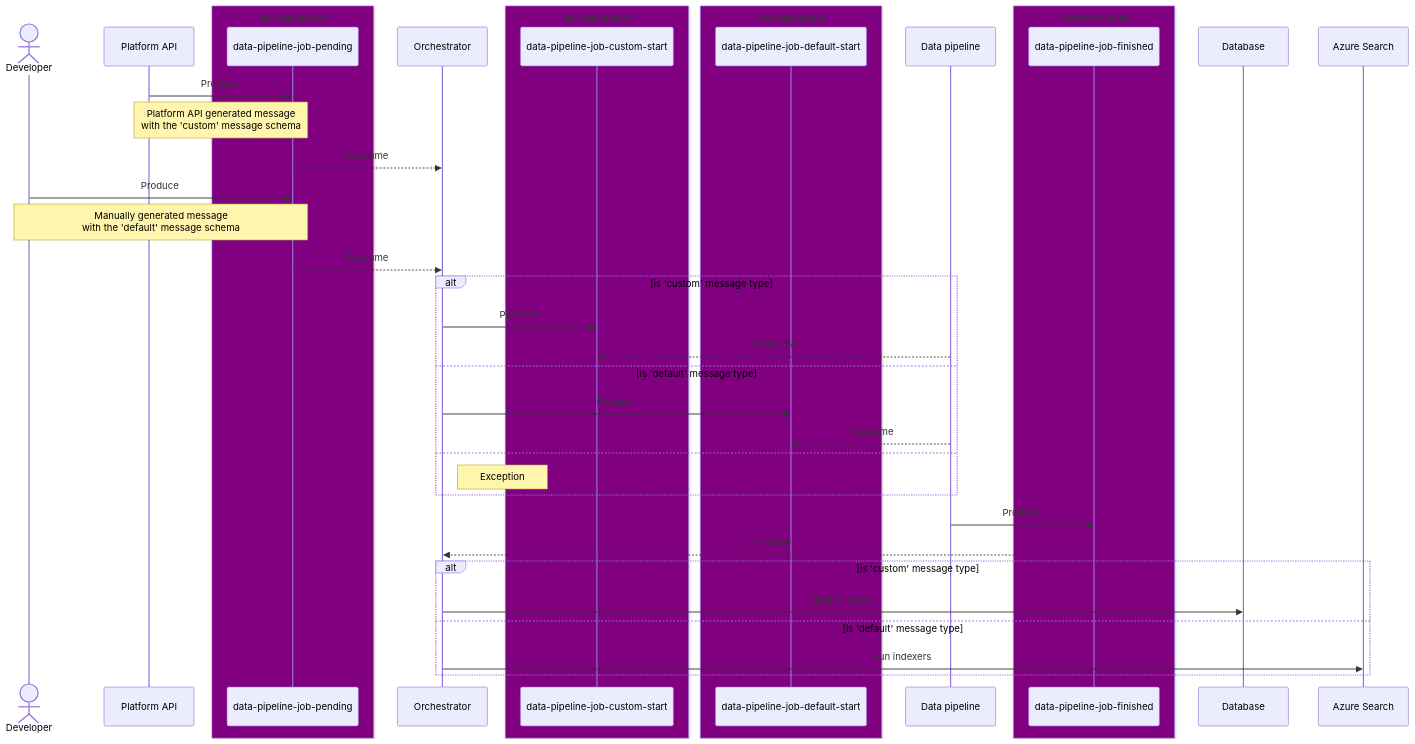
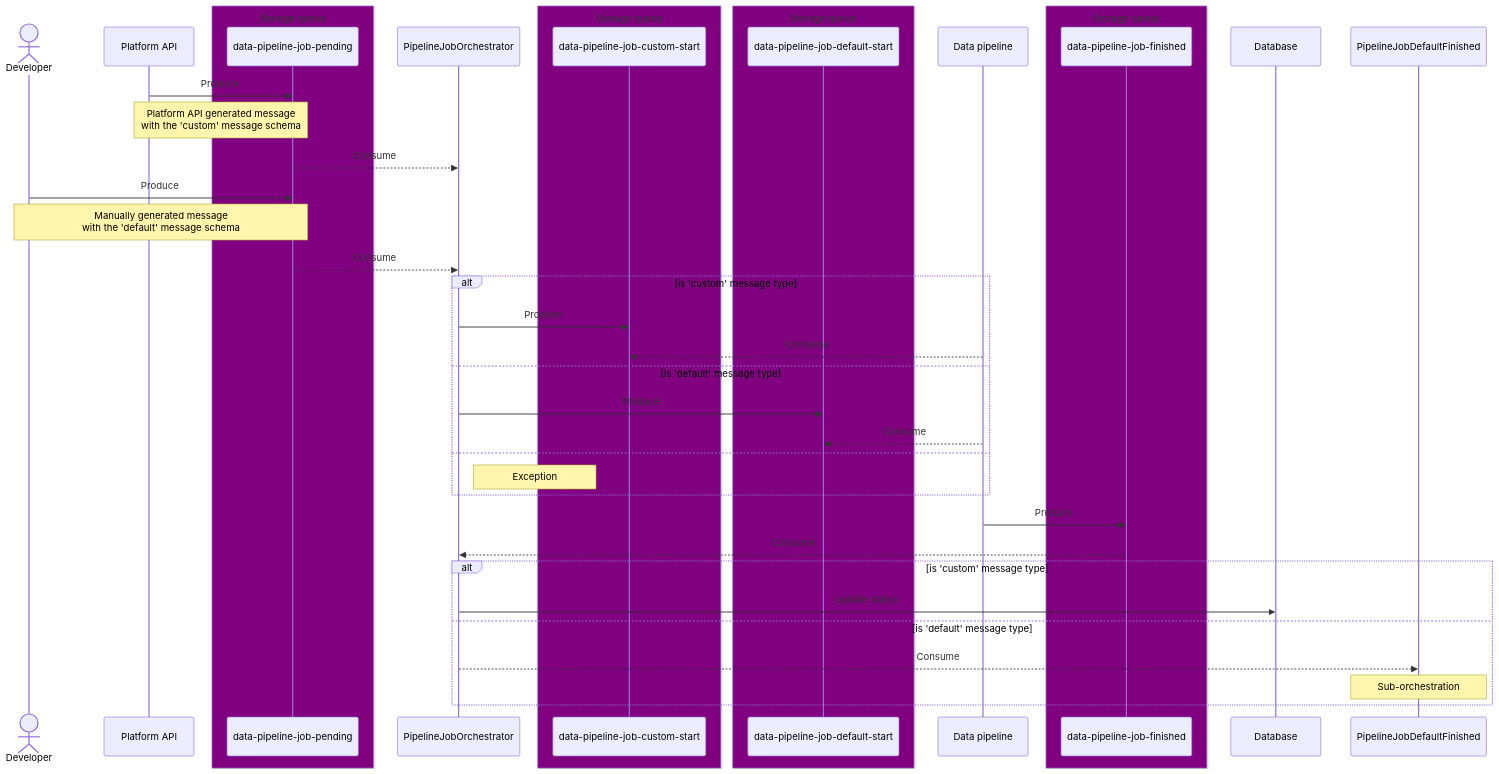
One commit to DFE-Digital/education-benchmarking-and-insights changed the first of 2 diagrams in documentation/features/6_Orchestrator.md. Above: the diagram before and after it, drawn with Mermaid. The commit also changed other lines of this file and 7 other files, not shown here.

Commit message:
feat: Set `dbo.UserData.Active` to `0` from `PipelineJobDefaultFinished` orchestrator upon success message received

````diff
--- a/documentation/features/6_Orchestrator.md
+++ b/documentation/features/6_Orchestrator.md
@@ -15,46 +15,47 @@
 ```mermaid
 sequenceDiagram
     accDescr: Message flow sequence
     Actor Developer
     participant Platform API
     box Purple Storage queue
     participant data-pipeline-job-pending
     end
-    participant Orchestrator
+    participant PipelineJobOrchestrator
     box Purple Storage queue
     participant data-pipeline-job-custom-start
     end
     box Purple Storage queue
     participant data-pipeline-job-default-start
     end
     participant Data pipeline
     box Purple Storage queue    
     participant data-pipeline-job-finished
     end
 
     Platform API->>data-pipeline-job-pending: Produce
     Note over Platform API,data-pipeline-job-pending: Platform API generated message<br/>with the 'custom' message schema
-    data-pipeline-job-pending-->>Orchestrator: Consume
+    data-pipeline-job-pending-->>PipelineJobOrchestrator: Consume 
     
     Developer->>data-pipeline-job-pending: Produce
     Note over Developer,data-pipeline-job-pending: Manually generated message <br/>with the 'default' message schema
-    data-pipeline-job-pending-->>Orchestrator: Consume
+    data-pipeline-job-pending-->>PipelineJobOrchestrator: Consume
 
     alt is 'custom' message type
-        Orchestrator->>data-pipeline-job-custom-start: Produce
+        PipelineJobOrchestrator->>data-pipeline-job-custom-start: Produce
         Data pipeline-->>data-pipeline-job-custom-start: Consume
     else is 'default' message type
-        Orchestrator->>data-pipeline-job-default-start: Produce
+        PipelineJobOrchestrator->>data-pipeline-job-default-start: Produce
         Data pipeline-->>data-pipeline-job-default-start: Consume
     else
-        Note right of Orchestrator: Exception
+        Note right of PipelineJobOrchestrator: Exception
     end
 
     Data pipeline->>data-pipeline-job-finished: Produce
-    data-pipeline-job-finished-->>Orchestrator: Consume
+    data-pipeline-job-finished-->>PipelineJobOrchestrator: Consume
     alt is 'custom' message type
-        Orchestrator->>Database: Update status
+        PipelineJobOrchestrator->>Database: Update status
     else is 'default' message type
-        Orchestrator->>Azure Search: Run indexers
+        PipelineJobOrchestrator-->>PipelineJobDefaultFinished: Consume
+        Note over PipelineJobDefaultFinished: Sub-orchestration
     end
 ```
````
